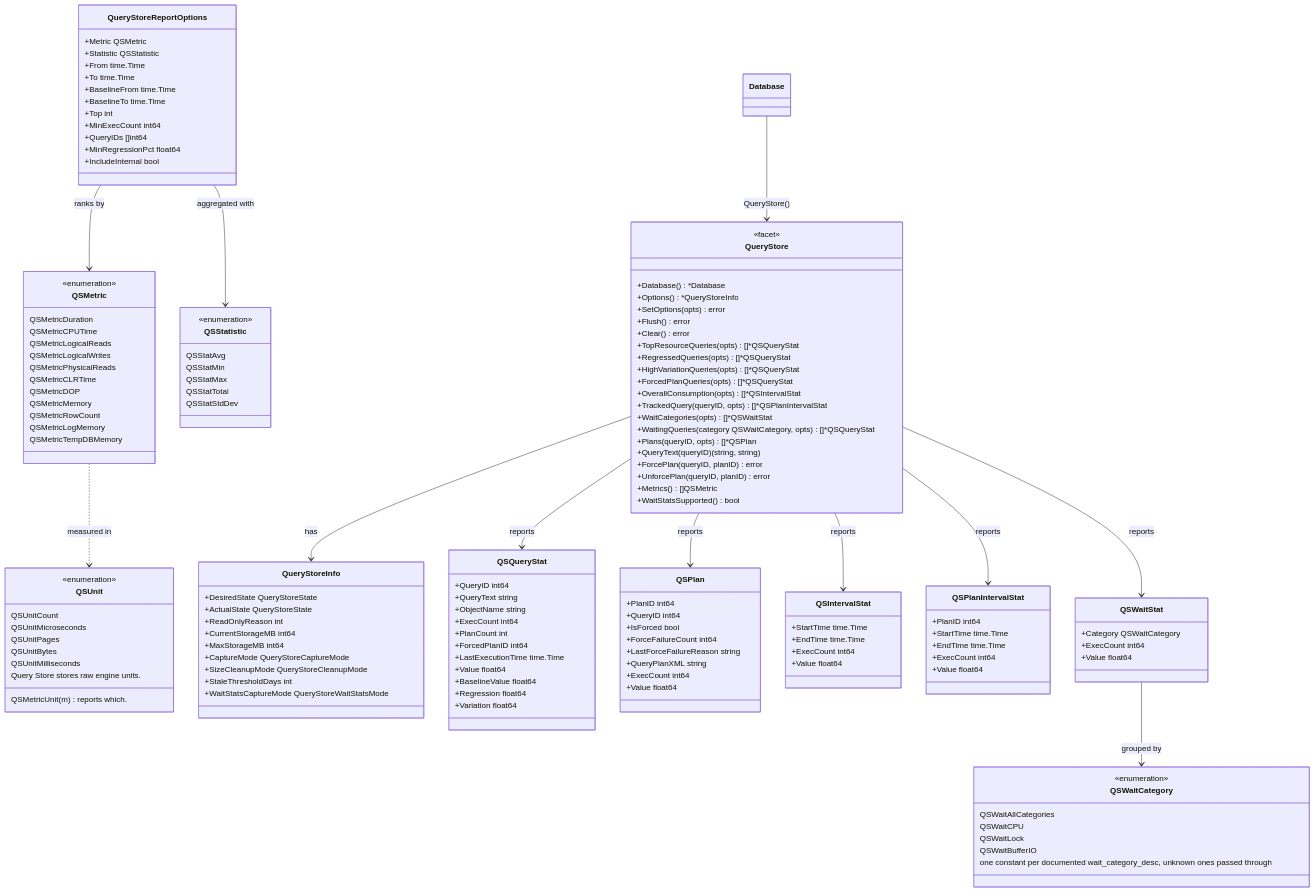
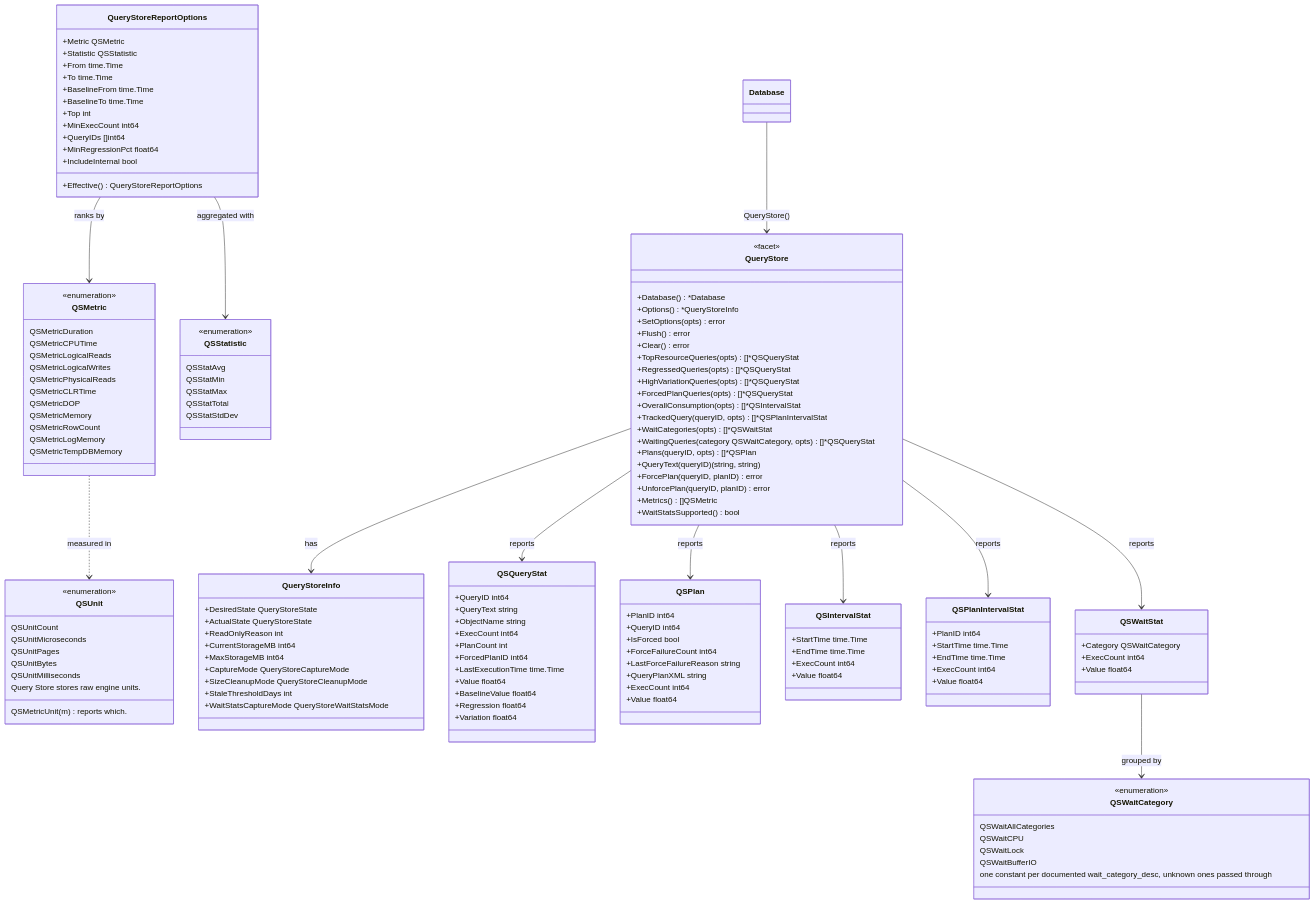
The diagram in diagram/27-query-store.mmd (radix29/gosmo), drawn with Mermaid before and after one commit. The commit also changed 12 other files, not shown here.

Commit message:
feat: enhance architecture documentation and add user-defined types support

```diff
--- a/diagram/27-query-store.mmd
+++ b/diagram/27-query-store.mmd
@@ -1,159 +1,160 @@
 classDiagram
 
     %% =========================================================
     %% Query Store: the facet, its options, and its reports
     %% =========================================================
 
     class QueryStore {
         <<facet>>
         +Database() *Database
         +Options() *QueryStoreInfo
         +SetOptions(opts) error
         +Flush() error
         +Clear() error
         +TopResourceQueries(opts) []*QSQueryStat
         +RegressedQueries(opts) []*QSQueryStat
         +HighVariationQueries(opts) []*QSQueryStat
         +ForcedPlanQueries(opts) []*QSQueryStat
         +OverallConsumption(opts) []*QSIntervalStat
         +TrackedQuery(queryID, opts) []*QSPlanIntervalStat
         +WaitCategories(opts) []*QSWaitStat
         +WaitingQueries(category QSWaitCategory, opts) []*QSQueryStat
         +Plans(queryID, opts) []*QSPlan
         +QueryText(queryID) (string, string)
         +ForcePlan(queryID, planID) error
         +UnforcePlan(queryID, planID) error
         +Metrics() []QSMetric
         +WaitStatsSupported() bool
     }
 
     class QueryStoreInfo {
         +DesiredState QueryStoreState
         +ActualState QueryStoreState
         +ReadOnlyReason int
         +CurrentStorageMB int64
         +MaxStorageMB int64
         +CaptureMode QueryStoreCaptureMode
         +SizeCleanupMode QueryStoreCleanupMode
         +StaleThresholdDays int
         +WaitStatsCaptureMode QueryStoreWaitStatsMode
     }
 
     class QueryStoreReportOptions {
         +Metric QSMetric
         +Statistic QSStatistic
         +From time.Time
         +To time.Time
         +BaselineFrom time.Time
         +BaselineTo time.Time
         +Top int
         +MinExecCount int64
         +QueryIDs []int64
         +MinRegressionPct float64
         +IncludeInternal bool
+        +Effective() QueryStoreReportOptions
     }
 
     class QSMetric {
         <<enumeration>>
         QSMetricDuration
         QSMetricCPUTime
         QSMetricLogicalReads
         QSMetricLogicalWrites
         QSMetricPhysicalReads
         QSMetricCLRTime
         QSMetricDOP
         QSMetricMemory
         QSMetricRowCount
         QSMetricLogMemory
         QSMetricTempDBMemory
     }
 
     class QSStatistic {
         <<enumeration>>
         QSStatAvg
         QSStatMin
         QSStatMax
         QSStatTotal
         QSStatStdDev
     }
 
     class QSUnit {
         <<enumeration>>
         QSUnitCount
         QSUnitMicroseconds
         QSUnitPages
         QSUnitBytes
         QSUnitMilliseconds
         Query Store stores raw engine units.
         QSMetricUnit(m) reports which.
     }
 
     class QSQueryStat {
         +QueryID int64
         +QueryText string
         +ObjectName string
         +ExecCount int64
         +PlanCount int
         +ForcedPlanID int64
         +LastExecutionTime time.Time
         +Value float64
         +BaselineValue float64
         +Regression float64
         +Variation float64
     }
 
     class QSPlan {
         +PlanID int64
         +QueryID int64
         +IsForced bool
         +ForceFailureCount int64
         +LastForceFailureReason string
         +QueryPlanXML string
         +ExecCount int64
         +Value float64
     }
 
     class QSIntervalStat {
         +StartTime time.Time
         +EndTime time.Time
         +ExecCount int64
         +Value float64
     }
 
     class QSPlanIntervalStat {
         +PlanID int64
         +StartTime time.Time
         +EndTime time.Time
         +ExecCount int64
         +Value float64
     }
 
     class QSWaitStat {
         +Category QSWaitCategory
         +ExecCount int64
         +Value float64
     }
 
     class QSWaitCategory {
         <<enumeration>>
         QSWaitAllCategories
         QSWaitCPU
         QSWaitLock
         QSWaitBufferIO
         one constant per documented wait_category_desc, unknown ones passed through
     }
 
     %% =========================================================
     %% Relationships
     %% =========================================================
     Database --> QueryStore : QueryStore()
     QueryStore --> QueryStoreInfo : has
     QueryStore --> QSQueryStat : reports
     QueryStore --> QSPlan : reports
     QueryStore --> QSIntervalStat : reports
     QueryStore --> QSPlanIntervalStat : reports
     QueryStore --> QSWaitStat : reports
     QueryStoreReportOptions --> QSMetric : ranks by
     QueryStoreReportOptions --> QSStatistic : aggregated with
     QSMetric ..> QSUnit : measured in
     QSWaitStat --> QSWaitCategory : grouped by
```
